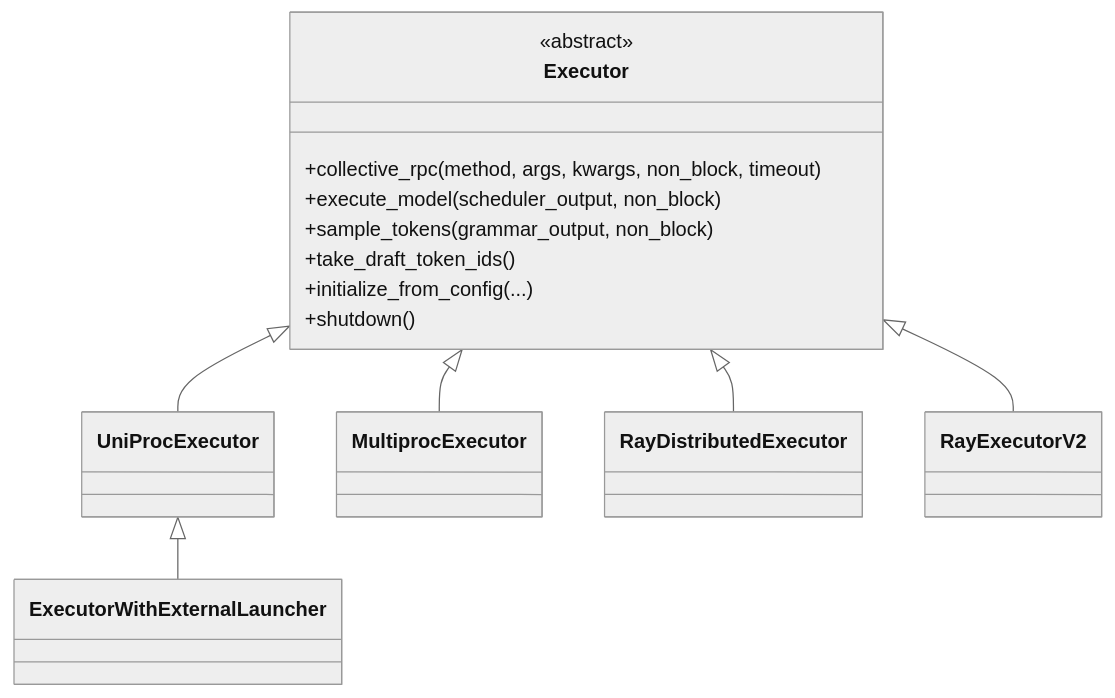
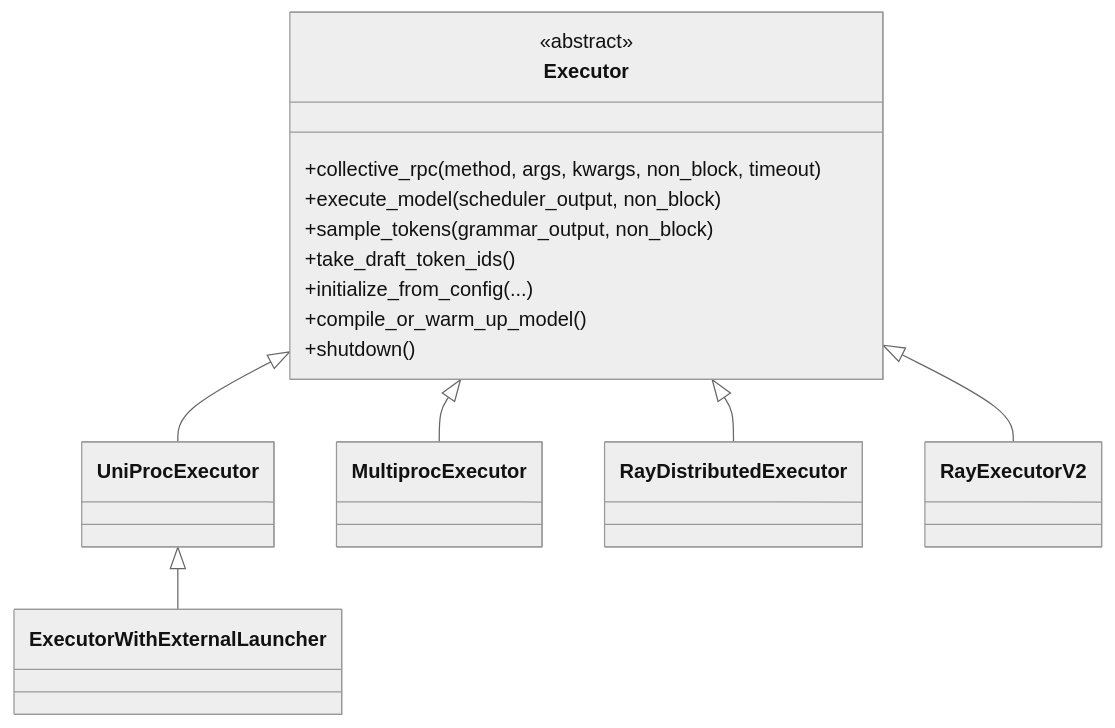
One commit to learning-sketch/wiki changed the diagram in vllm/modules/executor.md. Above: the diagram before and after it, drawn with Mermaid (neutral theme). The commit also changed other lines of this file and 1 other file, not shown here.

````diff
--- a/vllm/modules/executor.md
+++ b/vllm/modules/executor.md
@@ -75,17 +82,18 @@
 ```mermaid
 classDiagram
     class Executor {
         <<abstract>>
         +collective_rpc(method, args, kwargs, non_block, timeout)
         +execute_model(scheduler_output, non_block)
         +sample_tokens(grammar_output, non_block)
         +take_draft_token_ids()
         +initialize_from_config(...)
+        +compile_or_warm_up_model()
         +shutdown()
     }
     Executor <|-- UniProcExecutor
     Executor <|-- MultiprocExecutor
     Executor <|-- RayDistributedExecutor
     Executor <|-- RayExecutorV2
     UniProcExecutor <|-- ExecutorWithExternalLauncher
 ```
````
